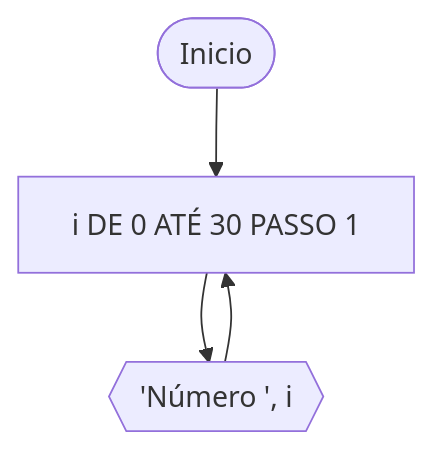
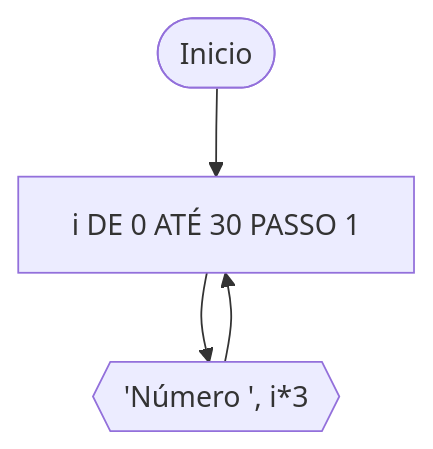
The second of 2 diagrams in RLA/lista3_exercicios.md (stuffxdd/Unifor), drawn with Mermaid before and after one commit.

````diff
--- a/RLA/lista3_exercicios.md
+++ b/RLA/lista3_exercicios.md
@@ -55,8 +55,8 @@
 ```mermaid
 flowchart TD
 
 A([Inicio]) --> B[i DE 0 ATÉ 30 PASSO 1]
-B --> C{{'Número ', i}}
+B --> C{{'Número ', i*3}}
 C --> B
 
 ```
````
